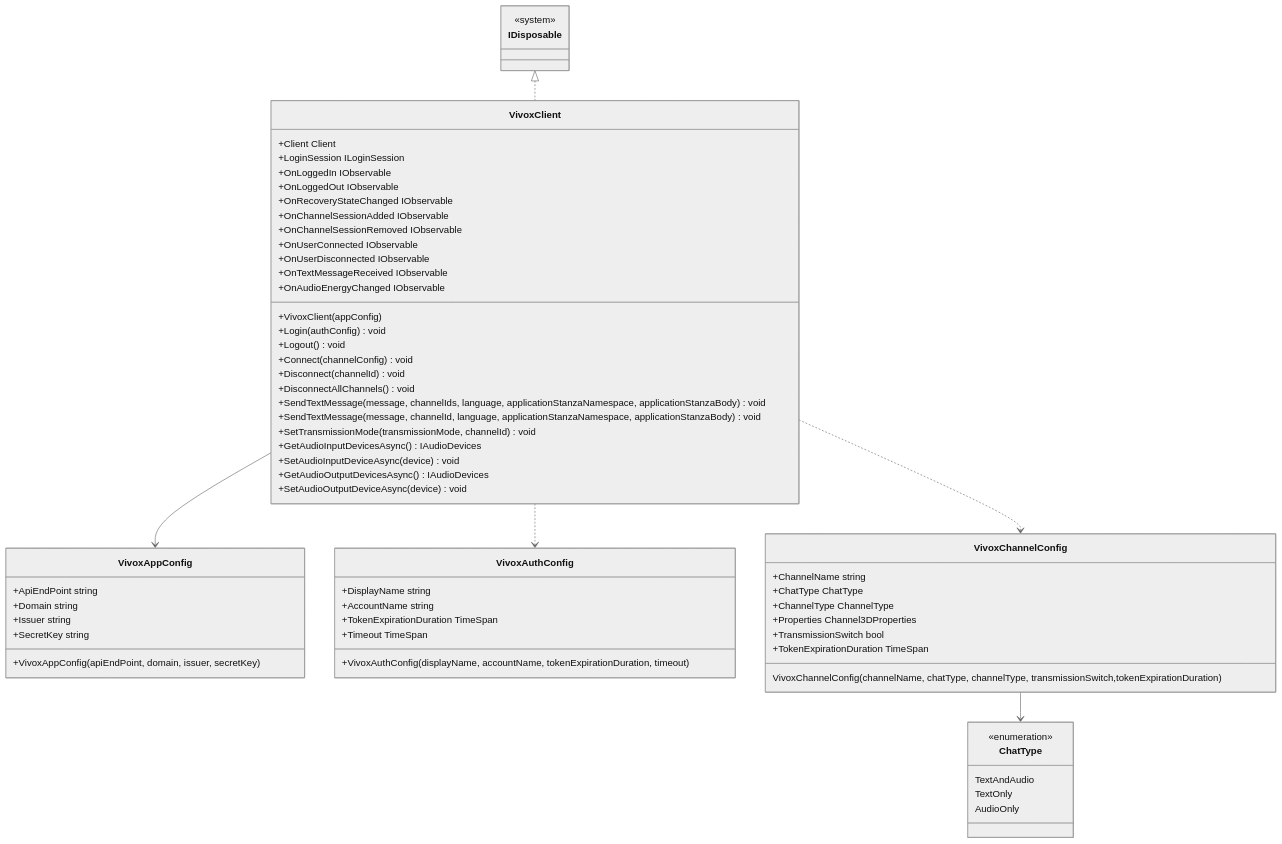
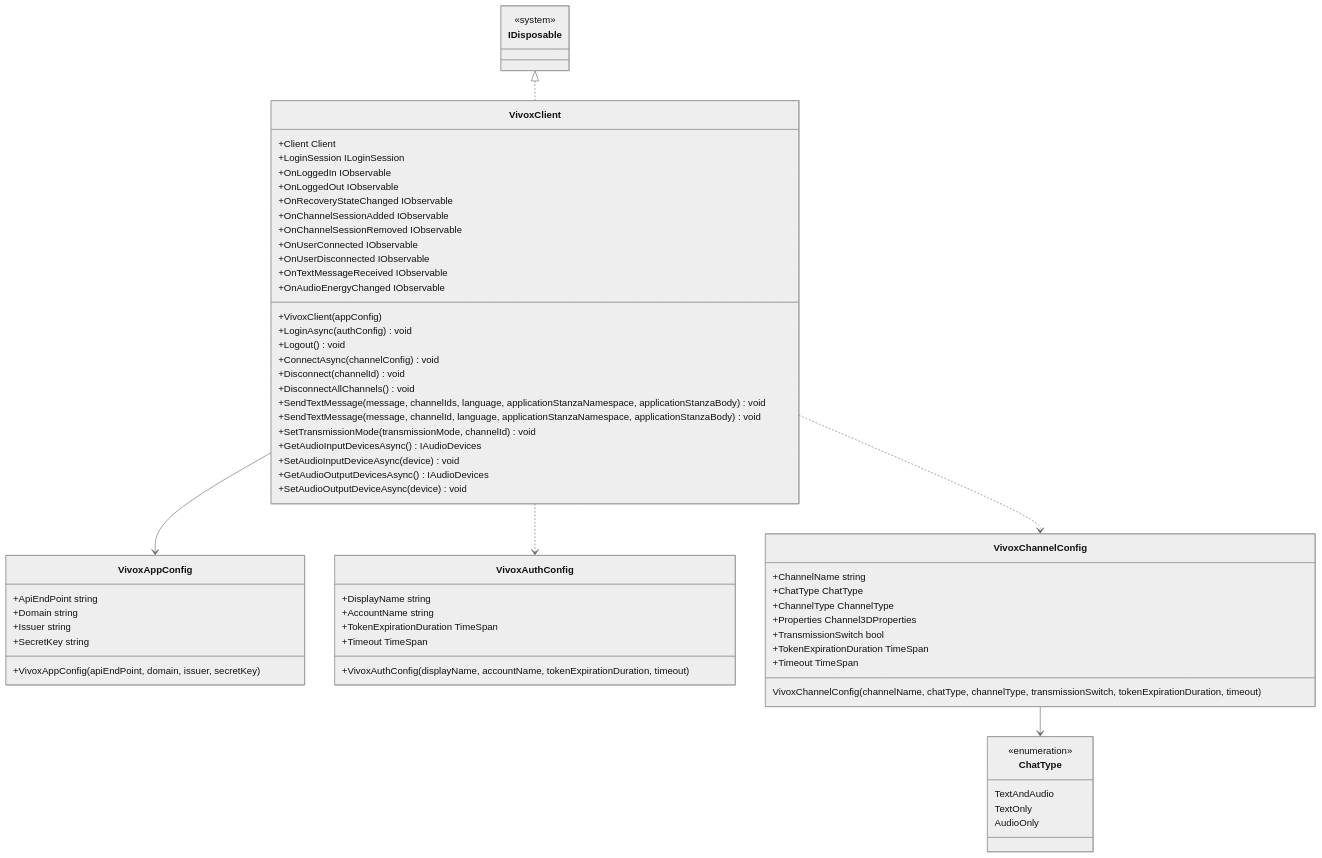
Before and after one commit to extreal-dev/Extreal.Guide: the diagram in docs/integration/chat.vivox.md, drawn with Mermaid (neutral theme). The commit also changed other lines of this file and 47 other files, not shown here.

````diff
--- a/docs/integration/chat.vivox.md
+++ b/docs/integration/chat.vivox.md
@@ -40,73 +42,74 @@
 ```mermaid
 classDiagram
 
     VivoxClient --> VivoxAppConfig
     VivoxClient ..> VivoxAuthConfig
     VivoxClient ..> VivoxChannelConfig
     VivoxChannelConfig --> ChatType
     IDisposable <|.. VivoxClient
 
     class VivoxClient {
         +Client Client
         +LoginSession ILoginSession
         +OnLoggedIn IObservable
         +OnLoggedOut IObservable
         +OnRecoveryStateChanged IObservable
         +OnChannelSessionAdded IObservable
         +OnChannelSessionRemoved IObservable
         +OnUserConnected IObservable
         +OnUserDisconnected IObservable
         +OnTextMessageReceived IObservable
         +OnAudioEnergyChanged IObservable
         +VivoxClient(appConfig)
-        +Login(authConfig) void
+        +LoginAsync(authConfig) void
         +Logout() void
-        +Connect(channelConfig) void
+        +ConnectAsync(channelConfig) void
         +Disconnect(channelId) void
         +DisconnectAllChannels() void
         +SendTextMessage(message, channelIds, language, applicationStanzaNamespace, applicationStanzaBody) void
         +SendTextMessage(message, channelId, language, applicationStanzaNamespace, applicationStanzaBody) void
         +SetTransmissionMode(transmissionMode, channelId) void
         +GetAudioInputDevicesAsync() IAudioDevices
         +SetAudioInputDeviceAsync(device) void
         +GetAudioOutputDevicesAsync() IAudioDevices
         +SetAudioOutputDeviceAsync(device) void
     }
 
     class VivoxAppConfig {
         +ApiEndPoint string
         +Domain string
         +Issuer string
         +SecretKey string
         +VivoxAppConfig(apiEndPoint, domain, issuer, secretKey)
     }
 
     class VivoxAuthConfig {
         +DisplayName string
         +AccountName string
         +TokenExpirationDuration TimeSpan
         +Timeout TimeSpan
-        +VivoxAuthConfig(displayName, accountName,  tokenExpirationDuration, timeout)
+        +VivoxAuthConfig(displayName, accountName, tokenExpirationDuration, timeout)
     }
 
     class ChatType {
         <<enumeration>>
         TextAndAudio
         TextOnly
         AudioOnly
     }
 
     class VivoxChannelConfig {
         +ChannelName string
         +ChatType ChatType
         +ChannelType ChannelType
         +Properties Channel3DProperties
         +TransmissionSwitch bool
         +TokenExpirationDuration TimeSpan
-        VivoxChannelConfig(channelName, chatType, channelType, transmissionSwitch,tokenExpirationDuration)
+        +Timeout TimeSpan
+        VivoxChannelConfig(channelName, chatType, channelType, transmissionSwitch, tokenExpirationDuration, timeout)
     }
 
     class IDisposable {
         <<system>>
     }
 ```
````
